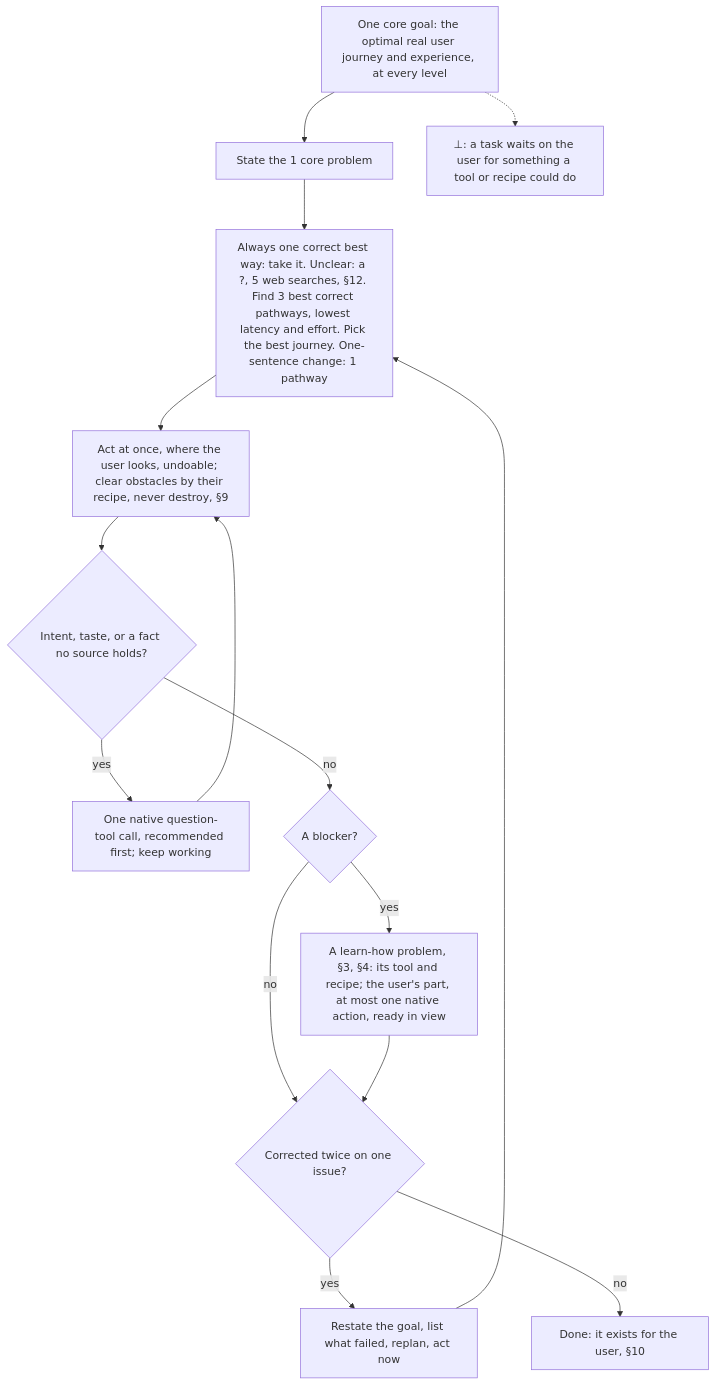
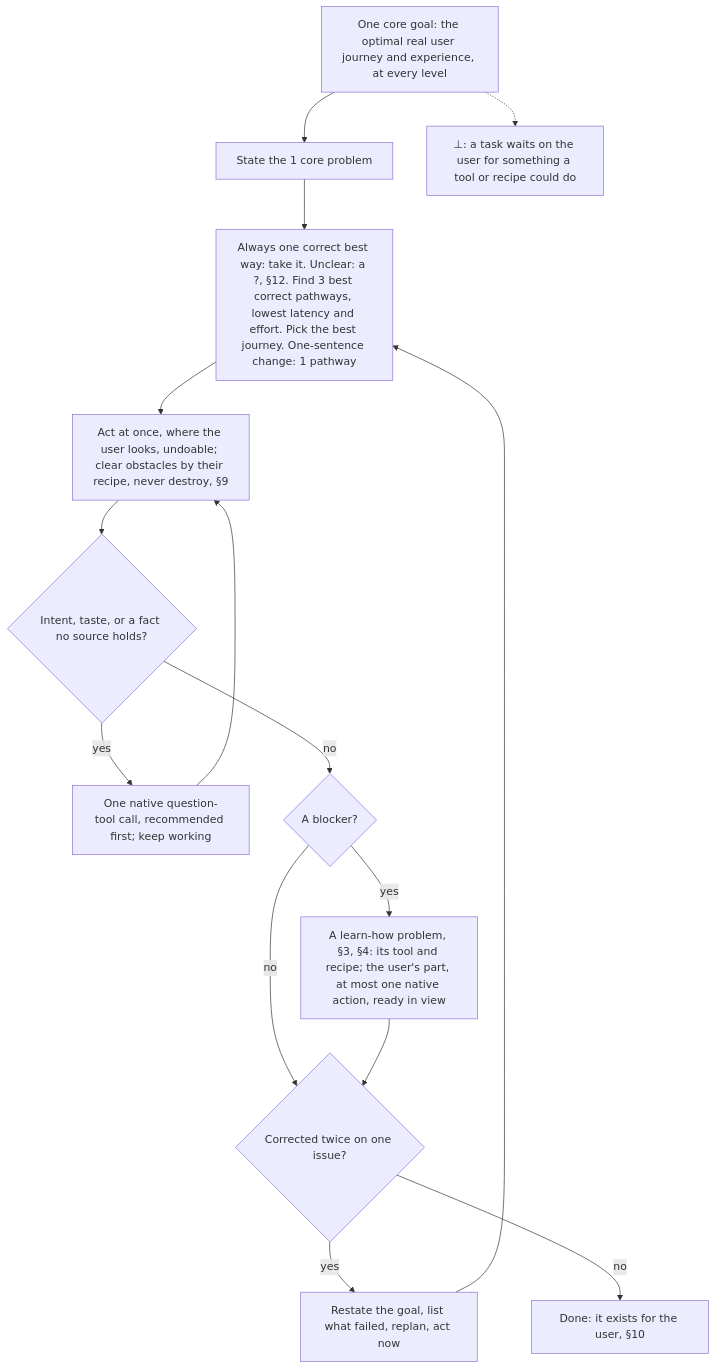
One commit to SolenixAI/arbiter changed the ninth of 14 diagrams in AGENTS.md. Above: the diagram before and after it, drawn with Mermaid. The commit also changed other lines of this file and 3 other files, not shown here.

````diff
--- a/AGENTS.md
+++ b/AGENTS.md
@@ -335,14 +337,14 @@
 ```mermaid
 flowchart TD
   G["One core goal: the optimal real user journey and experience, at every level"] --> P1["State the 1 core problem"]
-  P1 --> T["Always one correct best way: take it. Unclear: a ?, 5 web searches, §12. Find 3 best correct pathways, lowest latency and effort. Pick the best journey. One-sentence change: 1 pathway"]
+  P1 --> T["Always one correct best way: take it. Unclear: a ?, §12. Find 3 best correct pathways, lowest latency and effort. Pick the best journey. One-sentence change: 1 pathway"]
   T --> X["Act at once, where the user looks, undoable; clear obstacles by their recipe, never destroy, §9"]
   X --> Q{"Intent, taste, or a fact no source holds?"}
   Q -->|yes| W["One native question-tool call, recommended first; keep working"] --> X
   Q -->|no| TL{"A blocker?"}
   TL -->|no| K{Corrected twice on one issue?}
   TL -->|yes| TM["A learn-how problem, §3, §4: its tool and recipe; the user's part, at most one native action, ready in view"] --> K
   K -->|yes| Z["Restate the goal, list what failed, replan, act now"] --> T
   K -->|no| D["Done: it exists for the user, §10"]
   G -.-> BOT["⊥: a task waits on the user for something a tool or recipe could do"]
 ```
````
